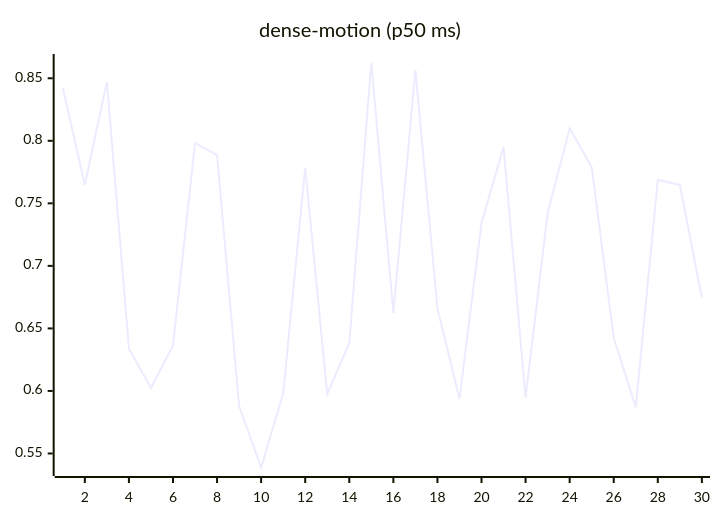
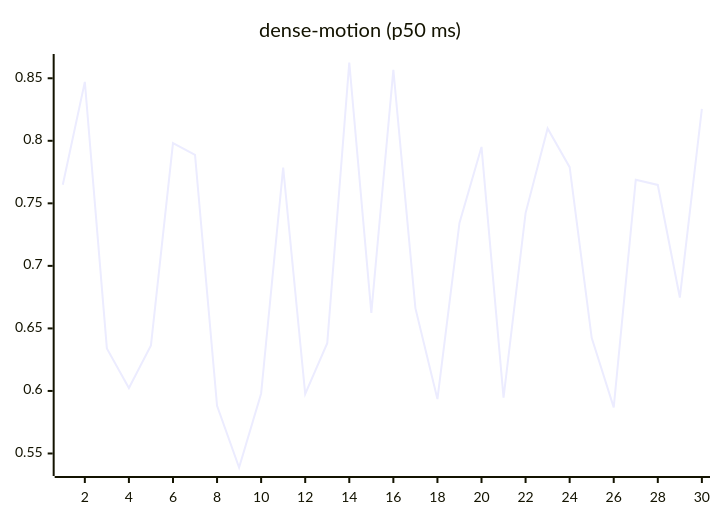
The ninth of 27 diagrams in README.md (josha/Facet), drawn with Mermaid before and after one commit. The commit also changed other lines of this file and 2 other files, not shown here.

````diff
--- a/README.md
+++ b/README.md
@@ -119,6 +119,6 @@
 ```mermaid
 xychart-beta
     title "dense-motion (p50 ms)"
     x-axis 1 --> 30
-    line [0.8424, 0.7649, 0.8471, 0.6340, 0.6023, 0.6364, 0.7981, 0.7888, 0.5881, 0.5388, 0.5980, 0.7785, 0.5976, 0.6382, 0.8626, 0.6624, 0.8567, 0.6662, 0.5935, 0.7344, 0.7951, 0.5946, 0.7422, 0.8099, 0.7789, 0.6425, 0.5869, 0.7688, 0.7647, 0.6747]
+    line [0.7649, 0.8471, 0.6340, 0.6023, 0.6364, 0.7981, 0.7888, 0.5881, 0.5388, 0.5980, 0.7785, 0.5976, 0.6382, 0.8626, 0.6624, 0.8567, 0.6662, 0.5935, 0.7344, 0.7951, 0.5946, 0.7422, 0.8099, 0.7789, 0.6425, 0.5869, 0.7688, 0.7647, 0.6747, 0.8256]
 ```
````
